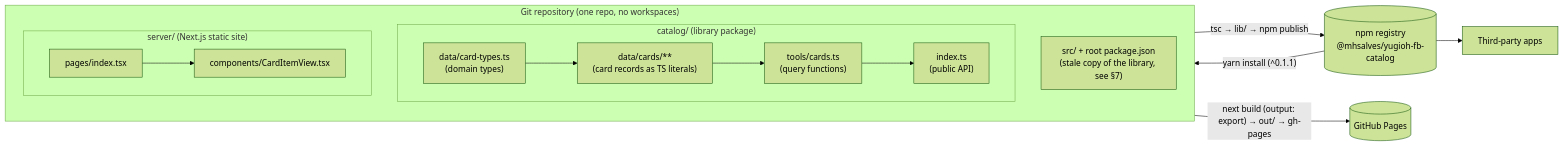
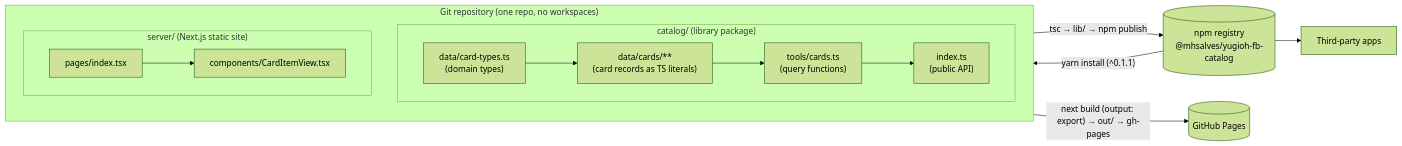
The first of 3 diagrams in docs/ARCHITECTURE.md (mhsalves/yugioh-fb-catalog), drawn with Mermaid (forest theme) before and after one commit. The commit also changed other lines of this file and 32 other files, not shown here.

````diff
--- a/docs/ARCHITECTURE.md
+++ b/docs/ARCHITECTURE.md
@@ -22,24 +22,23 @@
 ```mermaid
 flowchart LR
     subgraph repo["Git repository (one repo, no workspaces)"]
         direction TB
         subgraph catalog["catalog/ (library package)"]
             types["data/card-types.ts<br/>(domain types)"]
             data["data/cards/**<br/>(card records as TS literals)"]
             tools["tools/cards.ts<br/>(query functions)"]
             entry["index.ts<br/>(public API)"]
             types --> data --> tools --> entry
         end
         subgraph server["server/ (Next.js static site)"]
             page["pages/index.tsx"]
             item["components/CardItemView.tsx"]
             page --> item
         end
-        legacy["src/ + root package.json<br/>(stale copy of the library, see §7)"]
     end
 
     catalog -- "tsc → lib/ → npm publish" --> npm[("npm registry<br/>@mhsalves/yugioh-fb-catalog")]
     npm -- "yarn install (^0.1.1)" --> server
     server -- "next build (output: export) → out/ → gh-pages" --> pages[("GitHub Pages")]
     npm --> consumers["Third-party apps"]
 ```
````
